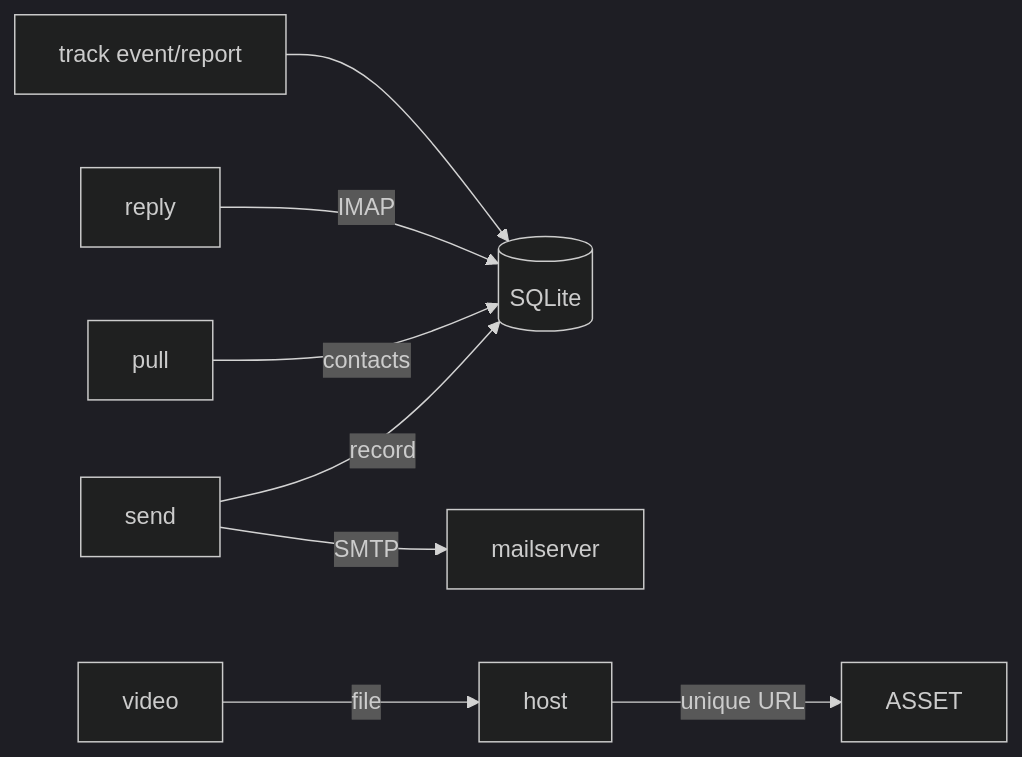
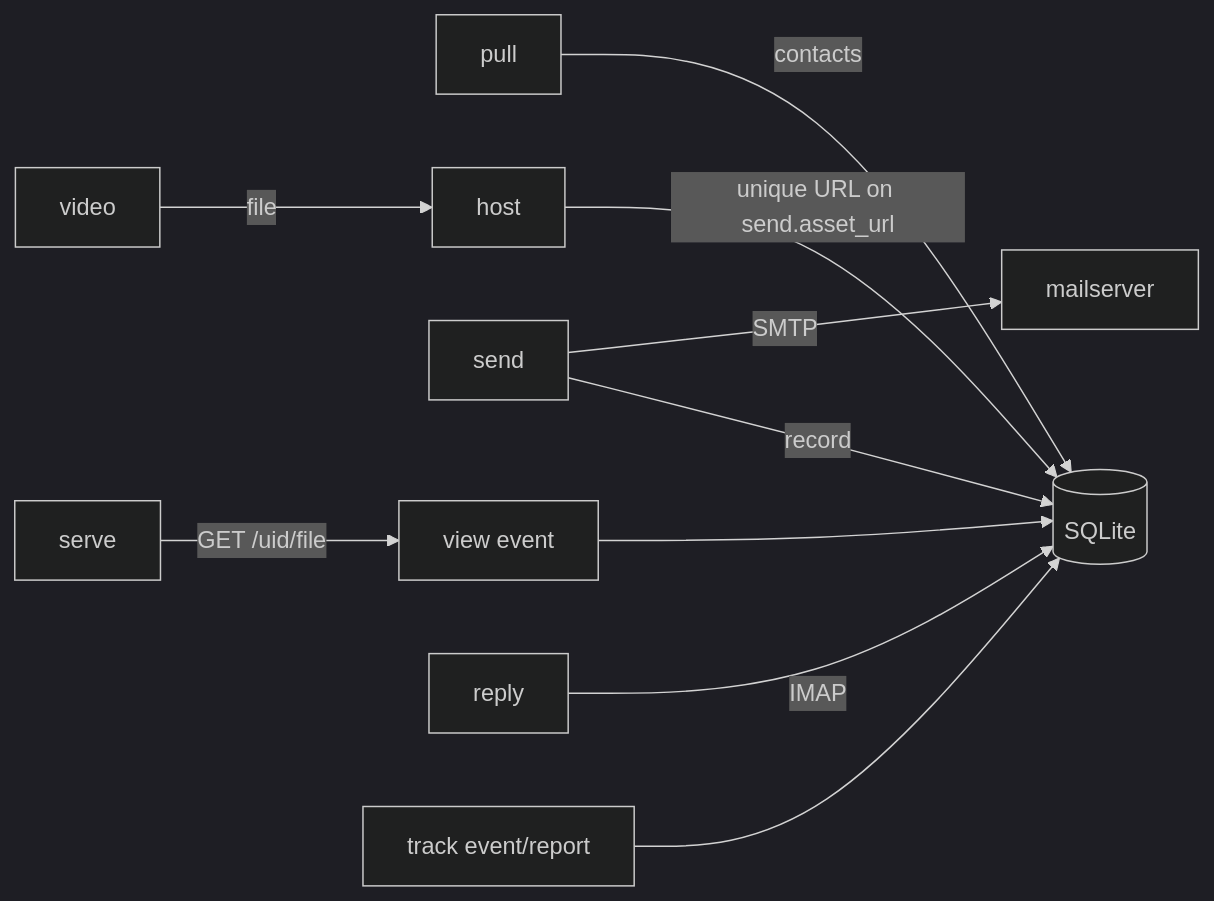
Before and after one commit to sancovp/twi-jobworld: the diagram in connectors/outreach/README.md, drawn with Mermaid (dark theme). The commit also changed other lines of this file and 5 other files, not shown here.

First line of the commit message:
Add `jwout serve` — closes the host->view-tracking loop

````diff
--- a/connectors/outreach/README.md
+++ b/connectors/outreach/README.md
@@ -43,8 +45,9 @@
 ```mermaid
 flowchart LR
   PULL[pull] -->|contacts| DB[(SQLite)]
-  VID[video] -->|file| HOST[host] -->|unique URL| ASSET
+  VID[video] -->|file| HOST[host] -->|unique URL on send.asset_url| DB
   SEND[send] -->|SMTP| MX[mailserver] ; SEND -->|record| DB
+  SERVE[serve] -->|GET /uid/file| VIEW[view event] --> DB
   REPLY[reply] -->|IMAP| DB
   TRACK[track event/report] --> DB
 ```
````
